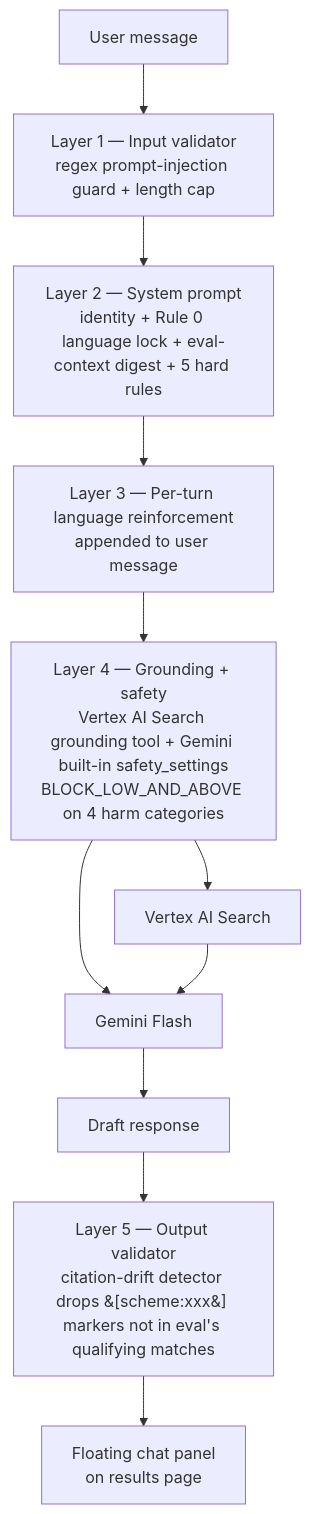
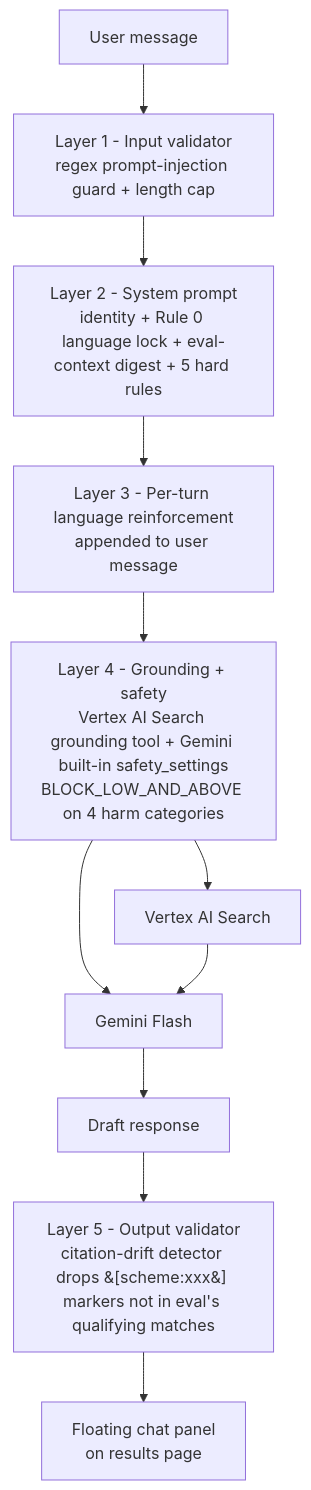
Before and after one commit to AlaskanTuna/Layak: the fourth of 8 diagrams in README.md, drawn with Mermaid. The commit also changed other lines of this file, not shown here.

````diff
--- a/README.md
+++ b/README.md
@@ -201,13 +211,13 @@
 ```mermaid
 graph TD
-    User[User message] --> L1[Layer 1 — Input validator<br/>regex prompt-injection guard + length cap]
-    L1 --> L2[Layer 2 — System prompt<br/>identity + Rule 0 language lock + eval-context digest + 5 hard rules]
-    L2 --> L3[Layer 3 — Per-turn language reinforcement<br/>appended to user message]
-    L3 --> L4[Layer 4 — Grounding + safety<br/>Vertex AI Search grounding tool + Gemini built-in safety_settings<br/>BLOCK_LOW_AND_ABOVE on 4 harm categories]
+    User[User message] --> L1[Layer 1 - Input validator<br/>regex prompt-injection guard + length cap]
+    L1 --> L2[Layer 2 - System prompt<br/>identity + Rule 0 language lock + eval-context digest + 5 hard rules]
+    L2 --> L3[Layer 3 - Per-turn language reinforcement<br/>appended to user message]
+    L3 --> L4[Layer 4 - Grounding + safety<br/>Vertex AI Search grounding tool + Gemini built-in safety_settings<br/>BLOCK_LOW_AND_ABOVE on 4 harm categories]
     L4 --> Gemini[Gemini Flash]
     L4 --> Search[Vertex AI Search]
     Search --> Gemini
     Gemini --> Draft[Draft response]
-    Draft --> L5[Layer 5 — Output validator<br/>citation-drift detector drops &#91;scheme:xxx&#93; markers not in eval's qualifying matches]
+    Draft --> L5[Layer 5 - Output validator<br/>citation-drift detector drops &#91;scheme:xxx&#93; markers not in eval's qualifying matches]
     L5 --> Panel[Floating chat panel<br/>on results page]
 ```
````
